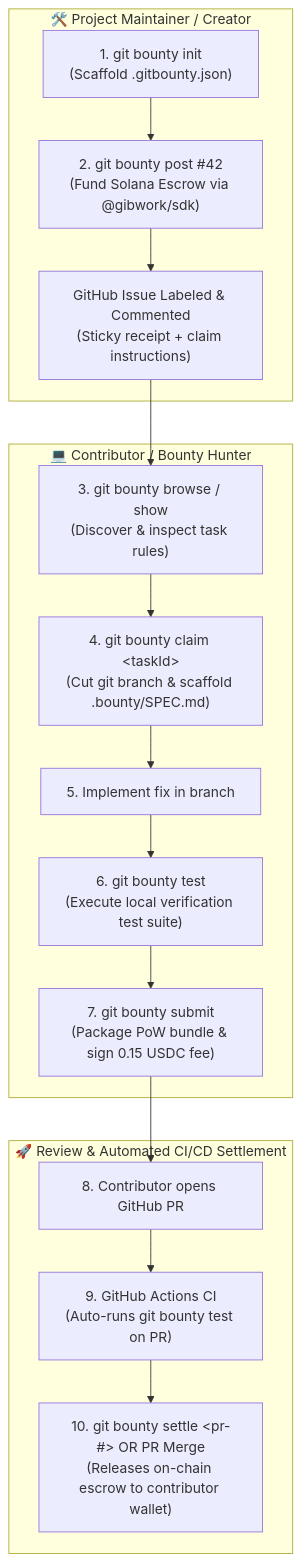
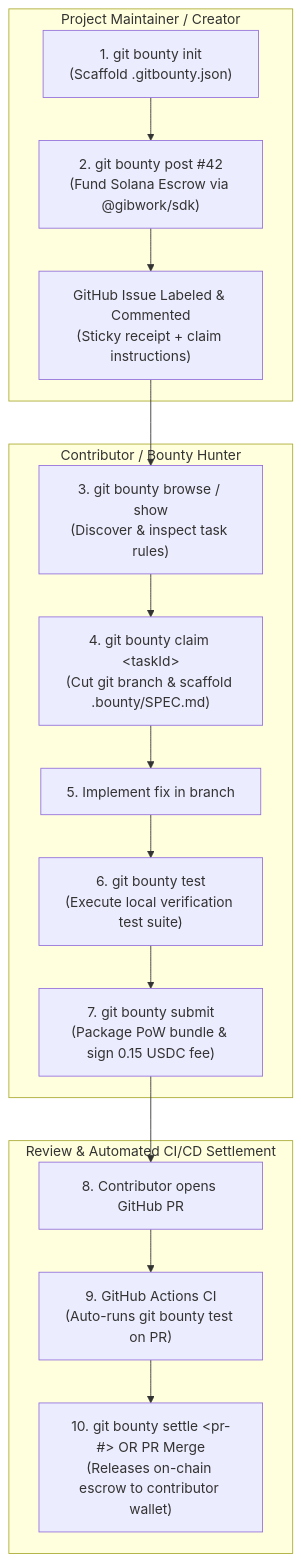
The diagram in README.md (Blackwrld04/Git-Bounty), drawn with Mermaid before and after one commit. The commit also changed other lines of this file, not shown here.

````diff
--- a/README.md
+++ b/README.md
@@ -57,23 +57,23 @@
 ```mermaid
 flowchart TD
-    subgraph MaintainerFlow["🛠️ Project Maintainer / Creator"]
+    subgraph MaintainerFlow[" Project Maintainer / Creator"]
         Init["1. git bounty init<br/>(Scaffold .gitbounty.json)"] --> Post["2. git bounty post #42<br/>(Fund Solana Escrow via @gibwork/sdk)"]
         Post --> GitHubLabel["GitHub Issue Labeled & Commented<br/>(Sticky receipt + claim instructions)"]
     end
 
-    subgraph ContributorFlow["💻 Contributor / Bounty Hunter"]
+    subgraph ContributorFlow[" Contributor / Bounty Hunter"]
         Browse["3. git bounty browse / show<br/>(Discover & inspect task rules)"] --> Claim["4. git bounty claim &lt;taskId&gt;<br/>(Cut git branch & scaffold .bounty/SPEC.md)"]
         Claim --> Code["5. Implement fix in branch"]
         Code --> Test["6. git bounty test<br/>(Execute local verification test suite)"]
         Test --> Submit["7. git bounty submit<br/>(Package PoW bundle & sign 0.15 USDC fee)"]
     end
 
-    subgraph SettlementFlow["🚀 Review & Automated CI/CD Settlement"]
+    subgraph SettlementFlow[" Review & Automated CI/CD Settlement"]
         PR["8. Contributor opens GitHub PR"]
         Submit --> PR
         PR --> CI["9. GitHub Actions CI<br/>(Auto-runs git bounty test on PR)"]
         CI --> Settle["10. git bounty settle &lt;pr-#&gt; OR PR Merge<br/>(Releases on-chain escrow to contributor wallet)"]
     end
 
     GitHubLabel --> Browse
 ```
````
